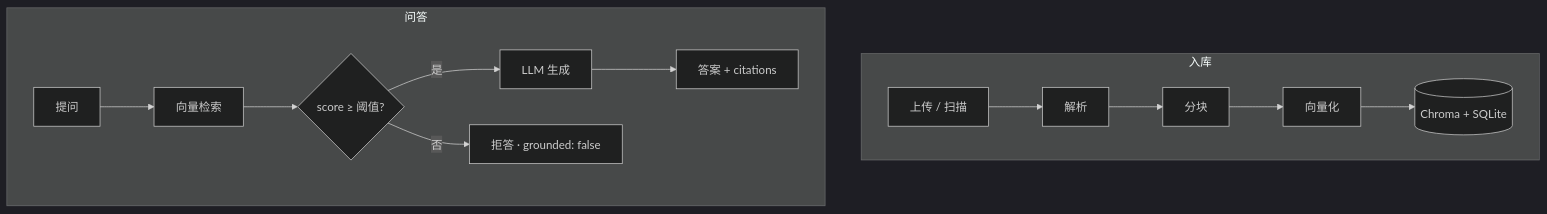
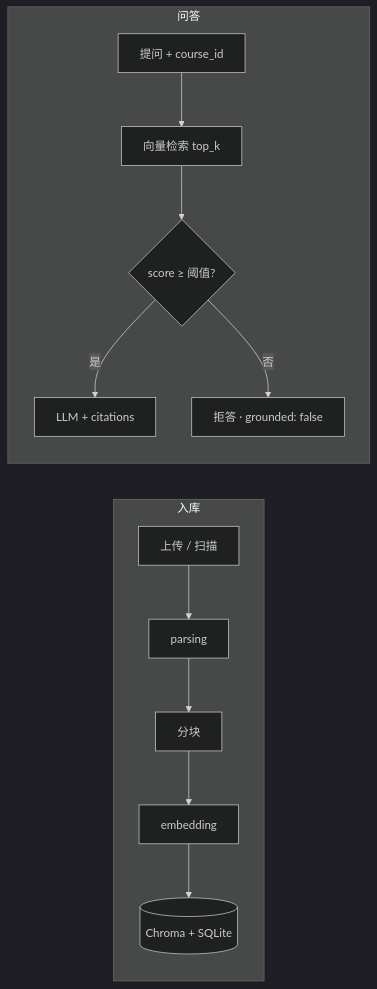
The second of 2 diagrams in README.md (1765889846/exam_qa), drawn with Mermaid (dark theme) before and after one commit. The commit also changed other lines of this file and 8 other files, not shown here.

````diff
--- a/README.md
+++ b/README.md
@@ -57,14 +95,12 @@
 ```mermaid
-flowchart TB
-    subgraph ingest["入库"]
-        direction LR
-        I1["上传 / 扫描"] --> I2["解析"] --> I3["分块"] --> I4["向量化"] --> I5[("Chroma + SQLite")]
-    end
+flowchart LR
+  subgraph ingest["入库"]
+    A1["上传 / 扫描"] --> A2["parsing"] --> A3["分块"] --> A4["embedding"] --> A5[("Chroma + SQLite")]
+  end
 
-    subgraph query["问答"]
-        direction LR
-        Q1["提问"] --> Q2["向量检索"] --> Q3{"score ≥ 阈值?"}
-        Q3 -->|是| Q4["LLM 生成"] --> Q5["答案 + citations"]
-        Q3 -->|否| Q6["拒答 · grounded: false"]
-    end
+  subgraph ask["问答"]
+    B1["提问 + course_id"] --> B2["向量检索 top_k"] --> B3{"score ≥ 阈值?"}
+    B3 -->|是| B4["LLM + citations"]
+    B3 -->|否| B5["拒答 · grounded: false"]
+  end
 ```
````
